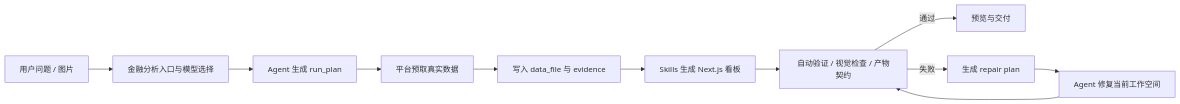
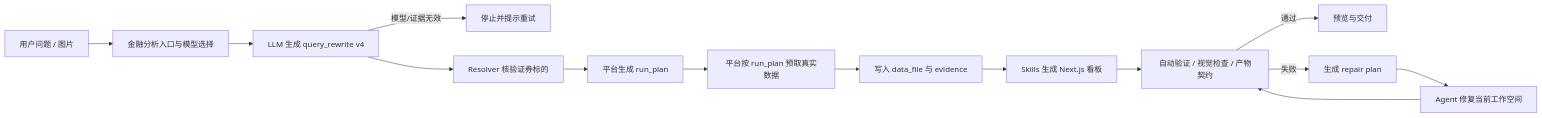
The diagram in docs/learning/02-ai-workspace-generation.md (xbzz1018/SignalForge), drawn with Mermaid before and after one commit. The commit also changed other lines of this file and 14 other files, not shown here.

Commit message:
docs(project): align architecture roadmap and navigation

````diff
--- a/docs/learning/02-ai-workspace-generation.md
+++ b/docs/learning/02-ai-workspace-generation.md
@@ -28,13 +29,16 @@
 ```mermaid
 flowchart LR
   A[用户问题 / 图片] --> B[金融分析入口与模型选择]
-  B --> C[Agent 生成 run_plan]
-  C --> D[平台预取真实数据]
+  B --> Q[LLM 生成 query_rewrite v4]
+  Q -->|模型/证据无效| X[停止并提示重试]
+  Q --> R[Resolver 核验证券标的]
+  R --> C[平台生成 run_plan]
+  C --> D[平台按 run_plan 预取真实数据]
   D --> E[写入 data_file 与 evidence]
   E --> F[Skills 生成 Next.js 看板]
   F --> G[自动验证 / 视觉检查 / 产物契约]
   G -->|通过| H[预览与交付]
   G -->|失败| I[生成 repair plan]
   I --> J[Agent 修复当前工作空间]
   J --> G
 ```
````
